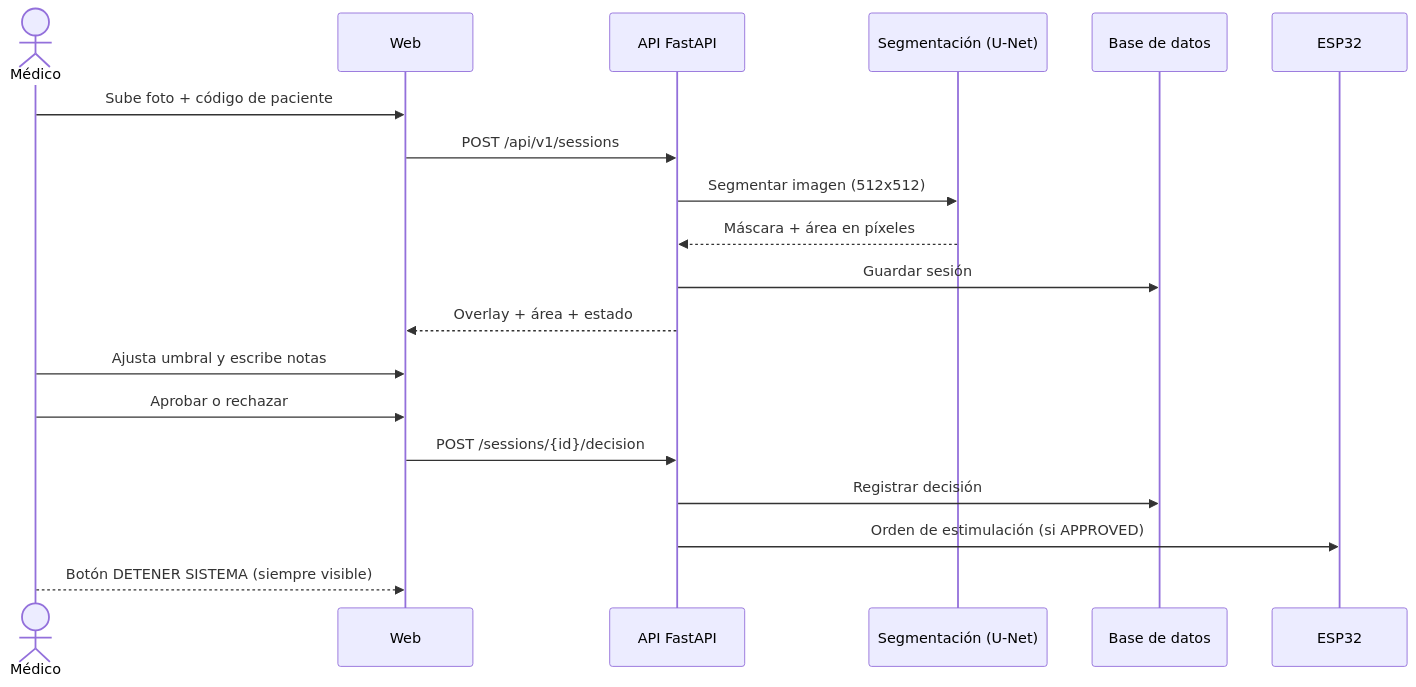
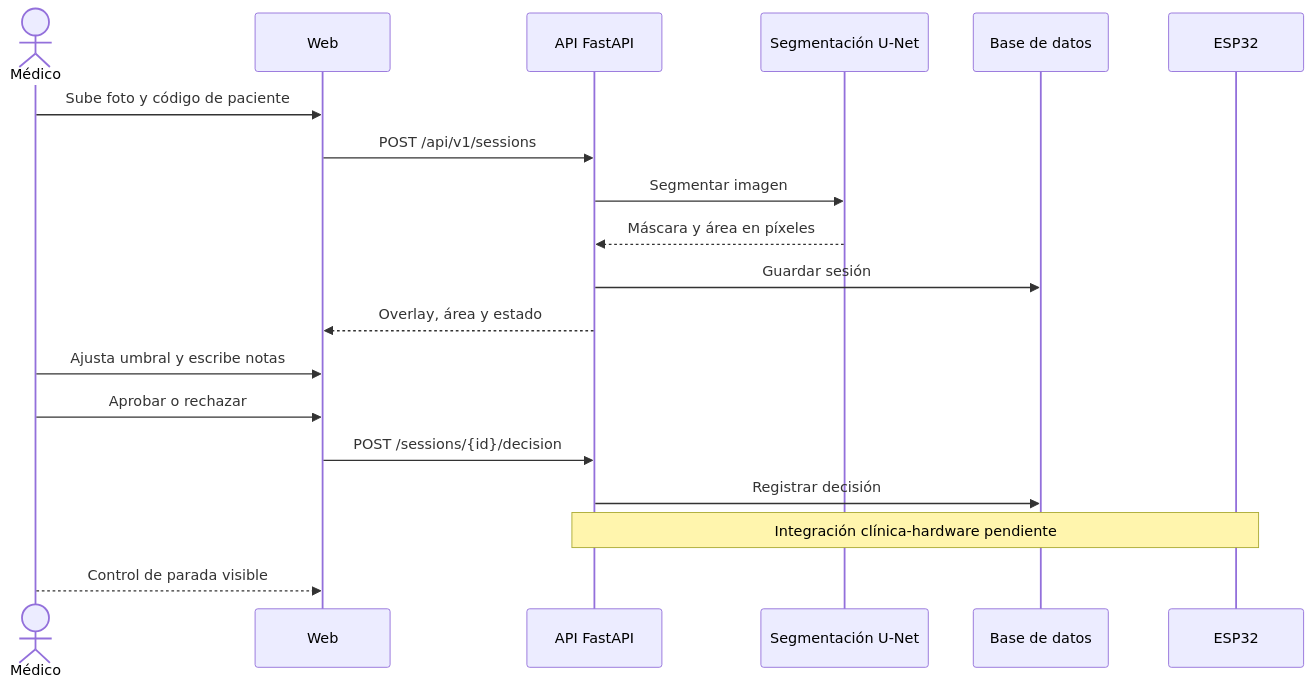
Before and after one commit to AlejandroUrregoIdarraga29/pie-diabetico-ia: the second of 4 diagrams in README.md, drawn with Mermaid. The commit also changed other lines of this file, not shown here.

````diff
--- a/README.md
+++ b/README.md
@@ -79,22 +174,24 @@
 ```mermaid
 sequenceDiagram
     actor M as Médico
     participant W as Web
     participant A as API FastAPI
-    participant S as Segmentación (U-Net)
+    participant S as Segmentación U-Net
     participant D as Base de datos
     participant E as ESP32
 
-    M->>W: Sube foto + código de paciente
+    M->>W: Sube foto y código de paciente
     W->>A: POST /api/v1/sessions
-    A->>S: Segmentar imagen (512x512)
-    S-->>A: Máscara + área en píxeles
+    A->>S: Segmentar imagen
+    S-->>A: Máscara y área en píxeles
     A->>D: Guardar sesión
-    A-->>W: Overlay + área + estado
+    A-->>W: Overlay, área y estado
+
     M->>W: Ajusta umbral y escribe notas
     M->>W: Aprobar o rechazar
     W->>A: POST /sessions/{id}/decision
     A->>D: Registrar decisión
-    A->>E: Orden de estimulación (si APPROVED)
-    M-->>W: Botón DETENER SISTEMA (siempre visible)
+
+    Note over A,E: Integración clínica-hardware pendiente
+    M-->>W: Control de parada visible
 ```
````
